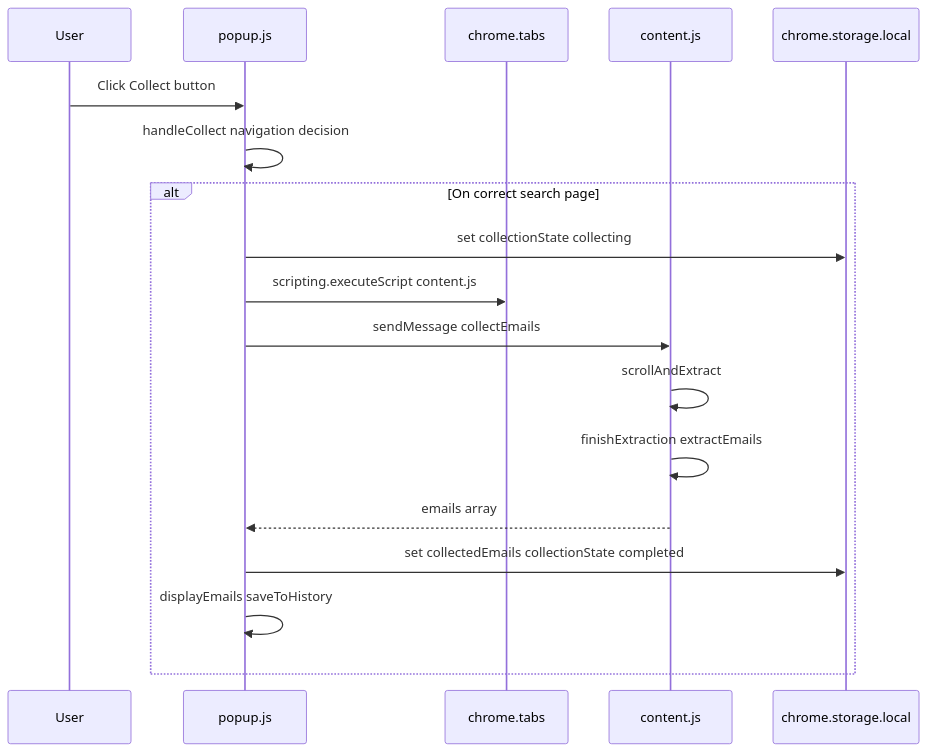
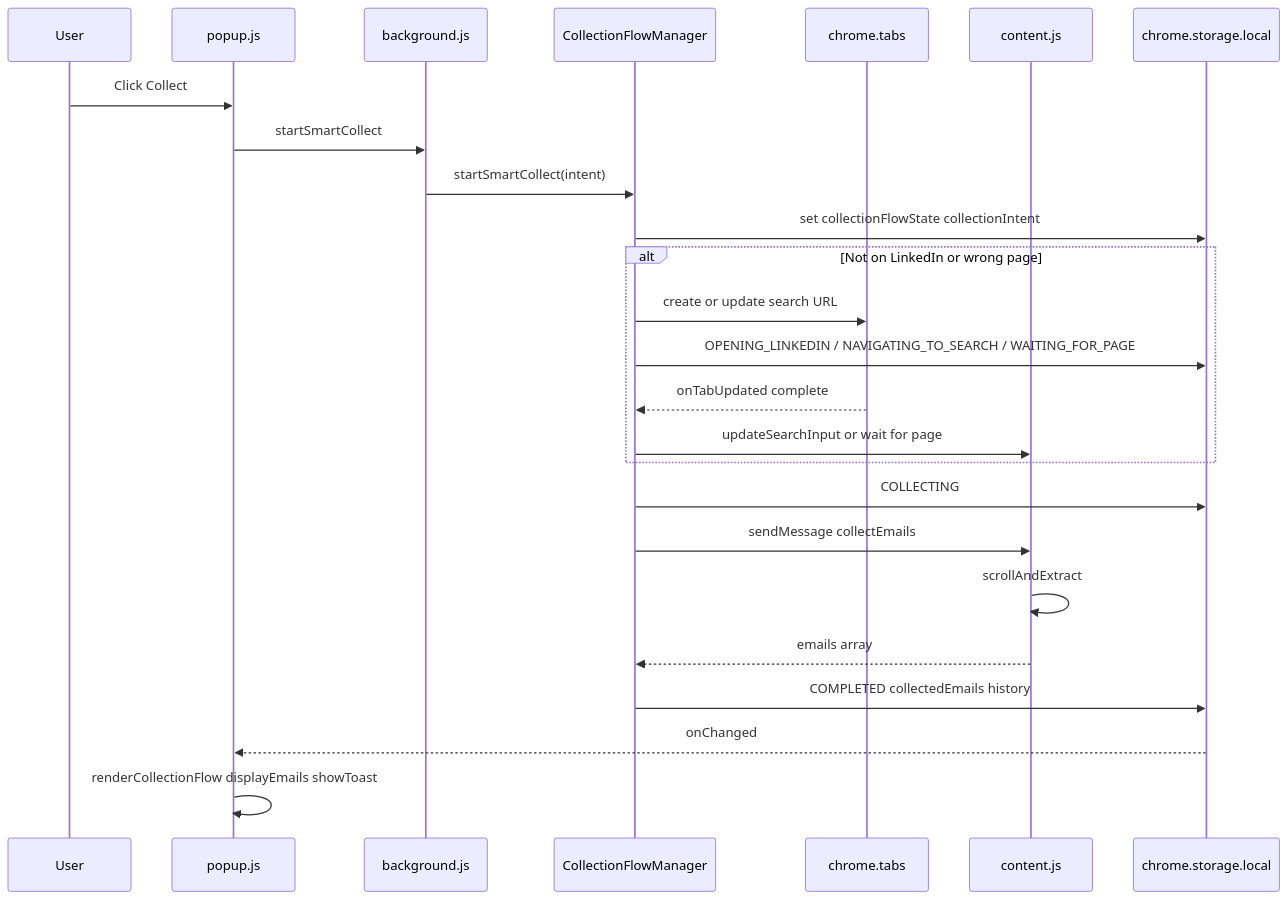
The fifth of 8 diagrams in docs/ARCHITECTURE.md (yagnesh97/reach-in), drawn with Mermaid before and after one commit. The commit also changed other lines of this file and 13 other files, not shown here.

First line of the commit message:
Enhance email collection flow and UI in ReachIn extension

````diff
--- a/docs/ARCHITECTURE.md
+++ b/docs/ARCHITECTURE.md
@@ -191,21 +203,28 @@
 ```mermaid
 sequenceDiagram
   participant User
   participant Popup as popup.js
+  participant SW as background.js
+  participant CFM as CollectionFlowManager
   participant Tabs as chrome.tabs
   participant CS as content.js
   participant Storage as chrome.storage.local
 
-  User->>Popup: Click Collect button
-  Popup->>Popup: handleCollect navigation decision
-  alt On correct search page
-    Popup->>Storage: set collectionState collecting
-    Popup->>Tabs: scripting.executeScript content.js
-    Popup->>CS: sendMessage collectEmails
-    CS->>CS: scrollAndExtract
-    CS->>CS: finishExtraction extractEmails
-    CS-->>Popup: emails array
-    Popup->>Storage: set collectedEmails collectionState completed
-    Popup->>Popup: displayEmails saveToHistory
+  User->>Popup: Click Collect
+  Popup->>SW: startSmartCollect
+  SW->>CFM: startSmartCollect(intent)
+  CFM->>Storage: set collectionFlowState collectionIntent
+  alt Not on LinkedIn or wrong page
+    CFM->>Tabs: create or update search URL
+    CFM->>Storage: OPENING_LINKEDIN / NAVIGATING_TO_SEARCH / WAITING_FOR_PAGE
+    Tabs-->>CFM: onTabUpdated complete
+    CFM->>CS: updateSearchInput or wait for page
   end
+  CFM->>Storage: COLLECTING
+  CFM->>CS: sendMessage collectEmails
+  CS->>CS: scrollAndExtract
+  CS-->>CFM: emails array
+  CFM->>Storage: COMPLETED collectedEmails history
+  Storage-->>Popup: onChanged
+  Popup->>Popup: renderCollectionFlow displayEmails showToast
 ```
````
